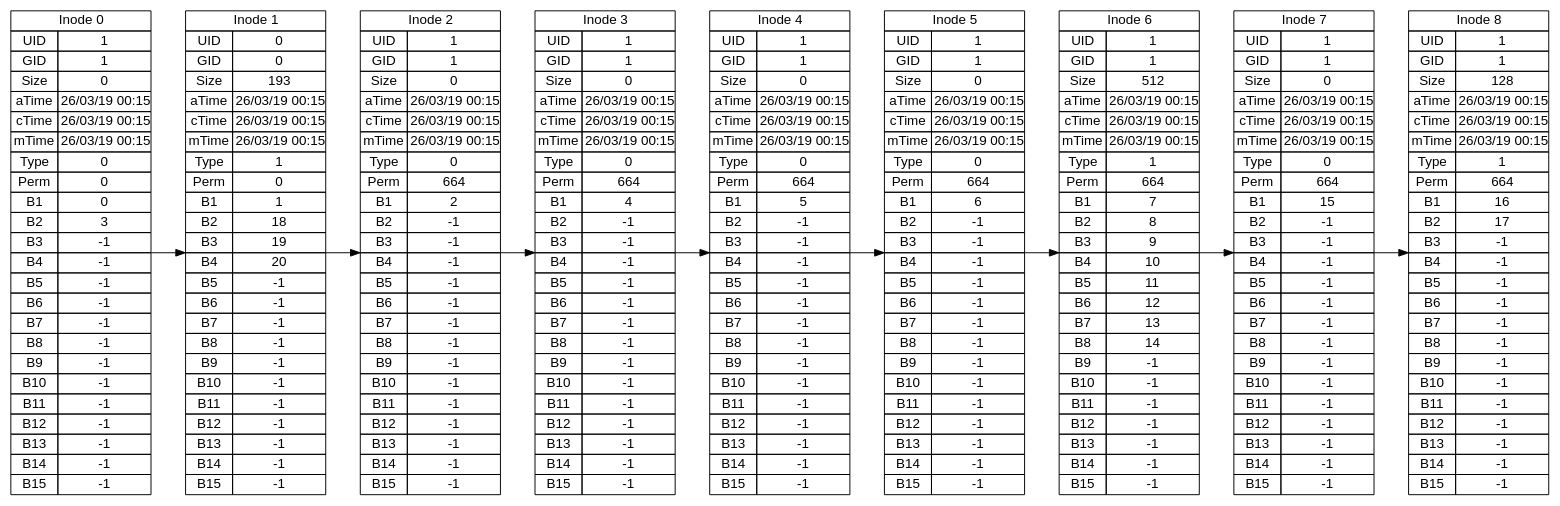
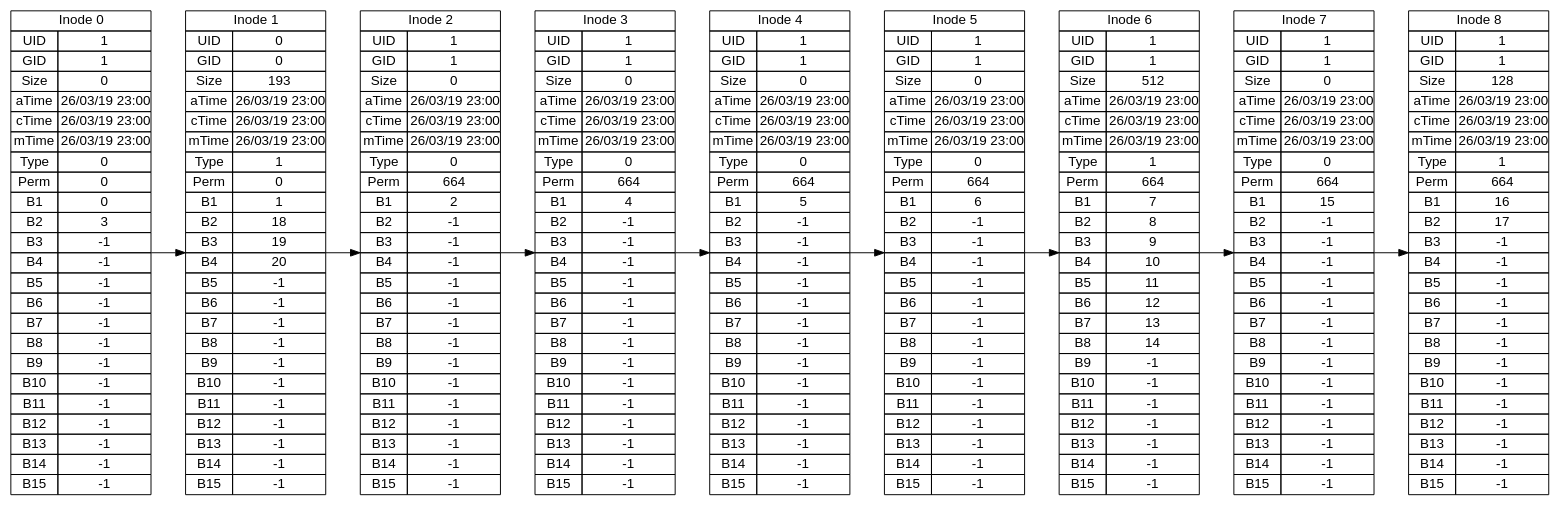
The diagram in build-UltraFileManager-Desktop_Qt_5_5_1_GCC_32bit-Debug/inode_list.dot (SebastianSNZ/FailsOwO), drawn with Graphviz before and after one commit. The commit also changed 9 other files, not shown here.

```diff
--- a/build-UltraFileManager-Desktop_Qt_5_5_1_GCC_32bit-Debug/inode_list.dot
+++ b/build-UltraFileManager-Desktop_Qt_5_5_1_GCC_32bit-Debug/inode_list.dot
@@ -9,9 +9,9 @@
 			<tr> <td>UID</td> <td>1</td> </tr>
 			<tr> <td>GID</td> <td>1</td> </tr>
 			<tr> <td>Size</td> <td>0</td> </tr>
-			<tr> <td>aTime</td> <td>26/03/19 00:15</td> </tr>
-			<tr> <td>cTime</td> <td>26/03/19 00:15</td> </tr>
-			<tr> <td>mTime</td> <td>26/03/19 00:15</td> </tr>
+			<tr> <td>aTime</td> <td>26/03/19 23:00</td> </tr>
+			<tr> <td>cTime</td> <td>26/03/19 23:00</td> </tr>
+			<tr> <td>mTime</td> <td>26/03/19 23:00</td> </tr>
 			<tr> <td>Type</td> <td>0</td> </tr>
 			<tr> <td>Perm</td> <td>0</td> </tr>
 			<tr> <td>B1</td> <td>0</td> </tr>
@@ -37,9 +37,9 @@
 			<tr> <td>UID</td> <td>0</td> </tr>
 			<tr> <td>GID</td> <td>0</td> </tr>
 			<tr> <td>Size</td> <td>193</td> </tr>
-			<tr> <td>aTime</td> <td>26/03/19 00:15</td> </tr>
-			<tr> <td>cTime</td> <td>26/03/19 00:15</td> </tr>
-			<tr> <td>mTime</td> <td>26/03/19 00:15</td> </tr>
+			<tr> <td>aTime</td> <td>26/03/19 23:00</td> </tr>
+			<tr> <td>cTime</td> <td>26/03/19 23:00</td> </tr>
+			<tr> <td>mTime</td> <td>26/03/19 23:00</td> </tr>
 			<tr> <td>Type</td> <td>1</td> </tr>
 			<tr> <td>Perm</td> <td>0</td> </tr>
 			<tr> <td>B1</td> <td>1</td> </tr>
@@ -66,9 +66,9 @@
 			<tr> <td>UID</td> <td>1</td> </tr>
 			<tr> <td>GID</td> <td>1</td> </tr>
 			<tr> <td>Size</td> <td>0</td> </tr>
-			<tr> <td>aTime</td> <td>26/03/19 00:15</td> </tr>
-			<tr> <td>cTime</td> <td>26/03/19 00:15</td> </tr>
-			<tr> <td>mTime</td> <td>26/03/19 00:15</td> </tr>
+			<tr> <td>aTime</td> <td>26/03/19 23:00</td> </tr>
+			<tr> <td>cTime</td> <td>26/03/19 23:00</td> </tr>
+			<tr> <td>mTime</td> <td>26/03/19 23:00</td> </tr>
 			<tr> <td>Type</td> <td>0</td> </tr>
 			<tr> <td>Perm</td> <td>664</td> </tr>
 			<tr> <td>B1</td> <td>2</td> </tr>
@@ -95,9 +95,9 @@
 			<tr> <td>UID</td> <td>1</td> </tr>
 			<tr> <td>GID</td> <td>1</td> </tr>
 			<tr> <td>Size</td> <td>0</td> </tr>
-			<tr> <td>aTime</td> <td>26/03/19 00:15</td> </tr>
-			<tr> <td>cTime</td> <td>26/03/19 00:15</td> </tr>
-			<tr> <td>mTime</td> <td>26/03/19 00:15</td> </tr>
+			<tr> <td>aTime</td> <td>26/03/19 23:00</td> </tr>
+			<tr> <td>cTime</td> <td>26/03/19 23:00</td> </tr>
+			<tr> <td>mTime</td> <td>26/03/19 23:00</td> </tr>
 			<tr> <td>Type</td> <td>0</td> </tr>
 			<tr> <td>Perm</td> <td>664</td> </tr>
 			<tr> <td>B1</td> <td>4</td> </tr>
@@ -124,9 +124,9 @@
 			<tr> <td>UID</td> <td>1</td> </tr>
 			<tr> <td>GID</td> <td>1</td> </tr>
 			<tr> <td>Size</td> <td>0</td> </tr>
-			<tr> <td>aTime</td> <td>26/03/19 00:15</td> </tr>
-			<tr> <td>cTime</td> <td>26/03/19 00:15</td> </tr>
-			<tr> <td>mTime</td> <td>26/03/19 00:15</td> </tr>
+			<tr> <td>aTime</td> <td>26/03/19 23:00</td> </tr>
+			<tr> <td>cTime</td> <td>26/03/19 23:00</td> </tr>
+			<tr> <td>mTime</td> <td>26/03/19 23:00</td> </tr>
 			<tr> <td>Type</td> <td>0</td> </tr>
 			<tr> <td>Perm</td> <td>664</td> </tr>
 			<tr> <td>B1</td> <td>5</td> </tr>
@@ -153,9 +153,9 @@
 			<tr> <td>UID</td> <td>1</td> </tr>
 			<tr> <td>GID</td> <td>1</td> </tr>
 			<tr> <td>Size</td> <td>0</td> </tr>
-			<tr> <td>aTime</td> <td>26/03/19 00:15</td> </tr>
-			<tr> <td>cTime</td> <td>26/03/19 00:15</td> </tr>
-			<tr> <td>mTime</td> <td>26/03/19 00:15</td> </tr>
+			<tr> <td>aTime</td> <td>26/03/19 23:00</td> </tr>
+			<tr> <td>cTime</td> <td>26/03/19 23:00</td> </tr>
+			<tr> <td>mTime</td> <td>26/03/19 23:00</td> </tr>
 			<tr> <td>Type</td> <td>0</td> </tr>
 			<tr> <td>Perm</td> <td>664</td> </tr>
 			<tr> <td>B1</td> <td>6</td> </tr>
@@ -182,9 +182,9 @@
 			<tr> <td>UID</td> <td>1</td> </tr>
 			<tr> <td>GID</td> <td>1</td> </tr>
 			<tr> <td>Size</td> <td>512</td> </tr>
-			<tr> <td>aTime</td> <td>26/03/19 00:15</td> </tr>
-			<tr> <td>cTime</td> <td>26/03/19 00:15</td> </tr>
-			<tr> <td>mTime</td> <td>26/03/19 00:15</td> </tr>
+			<tr> <td>aTime</td> <td>26/03/19 23:00</td> </tr>
+			<tr> <td>cTime</td> <td>26/03/19 23:00</td> </tr>
+			<tr> <td>mTime</td> <td>26/03/19 23:00</td> </tr>
 			<tr> <td>Type</td> <td>1</td> </tr>
 			<tr> <td>Perm</td> <td>664</td> </tr>
 			<tr> <td>B1</td> <td>7</td> </tr>
@@ -211,9 +211,9 @@
 			<tr> <td>UID</td> <td>1</td> </tr>
 			<tr> <td>GID</td> <td>1</td> </tr>
 			<tr> <td>Size</td> <td>0</td> </tr>
-			<tr> <td>aTime</td> <td>26/03/19 00:15</td> </tr>
-			<tr> <td>cTime</td> <td>26/03/19 00:15</td> </tr>
-			<tr> <td>mTime</td> <td>26/03/19 00:15</td> </tr>
+			<tr> <td>aTime</td> <td>26/03/19 23:00</td> </tr>
+			<tr> <td>cTime</td> <td>26/03/19 23:00</td> </tr>
+			<tr> <td>mTime</td> <td>26/03/19 23:00</td> </tr>
 			<tr> <td>Type</td> <td>0</td> </tr>
 			<tr> <td>Perm</td> <td>664</td> </tr>
 			<tr> <td>B1</td> <td>15</td> </tr>
@@ -240,9 +240,9 @@
 			<tr> <td>UID</td> <td>1</td> </tr>
 			<tr> <td>GID</td> <td>1</td> </tr>
 			<tr> <td>Size</td> <td>128</td> </tr>
-			<tr> <td>aTime</td> <td>26/03/19 00:15</td> </tr>
-			<tr> <td>cTime</td> <td>26/03/19 00:15</td> </tr>
-			<tr> <td>mTime</td> <td>26/03/19 00:15</td> </tr>
+			<tr> <td>aTime</td> <td>26/03/19 23:00</td> </tr>
+			<tr> <td>cTime</td> <td>26/03/19 23:00</td> </tr>
+			<tr> <td>mTime</td> <td>26/03/19 23:00</td> </tr>
 			<tr> <td>Type</td> <td>1</td> </tr>
 			<tr> <td>Perm</td> <td>664</td> </tr>
 			<tr> <td>B1</td> <td>16</td> </tr>
```
